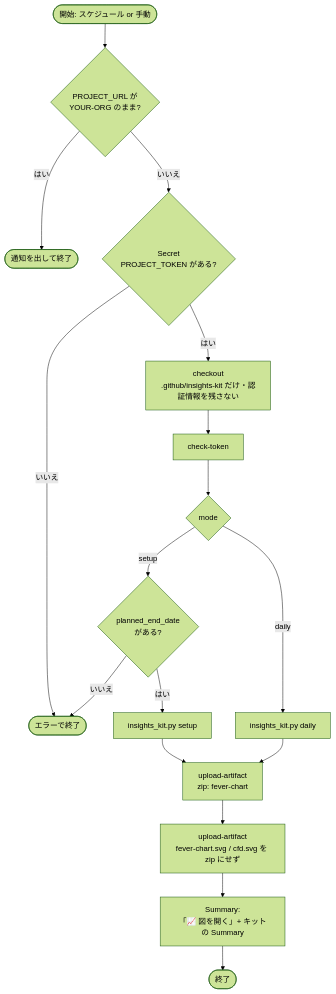
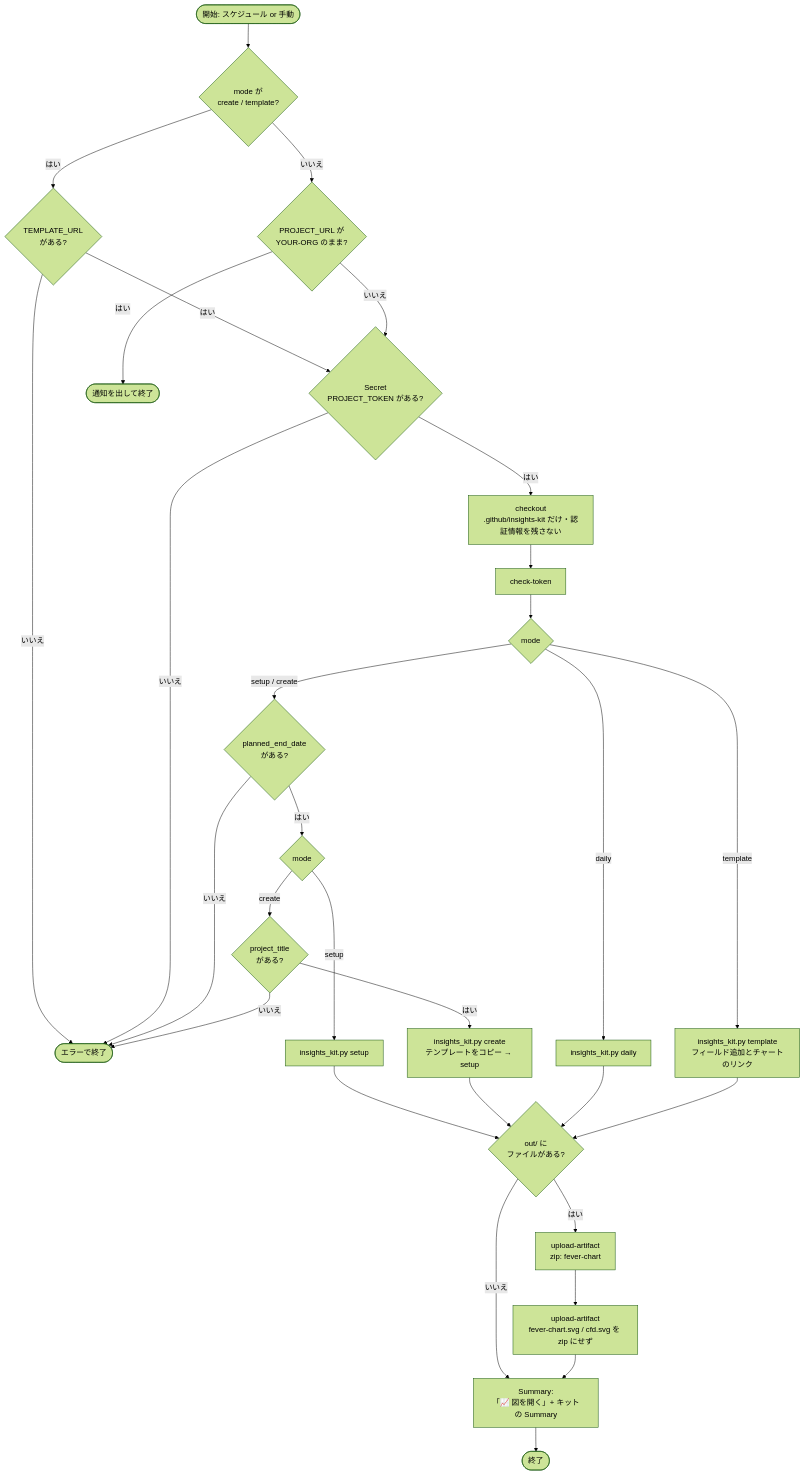
One commit to aztechaz357/projects-insights-kit changed the eighth of 11 diagrams in docs/design.md. Above: the diagram before and after it, drawn with Mermaid (forest theme). The commit also changed other lines of this file and 5 other files, not shown here.

First line of the commit message:
Create new Projects from a chart-ready template

````diff
--- a/docs/design.md
+++ b/docs/design.md
@@ -346,19 +394,32 @@
 ```mermaid
 flowchart TD
-    start([開始: スケジュール or 手動]) --> chk{PROJECT_URL が<br/>YOUR-ORG のまま?}
+    start([開始: スケジュール or 手動]) --> tm{mode が<br/>create / template?}
+    tm -- はい --> tu{TEMPLATE_URL<br/>がある?}
+    tu -- いいえ --> err([エラーで終了])
+    tu -- はい --> tok
+    tm -- いいえ --> chk{PROJECT_URL が<br/>YOUR-ORG のまま?}
     chk -- はい --> skip([通知を出して終了])
     chk -- いいえ --> tok{Secret<br/>PROJECT_TOKEN がある?}
-    tok -- いいえ --> err([エラーで終了])
+    tok -- いいえ --> err
     tok -- はい --> co[checkout<br/>.github/insights-kit だけ・認証情報を残さない]
     co --> ct[check-token]
     ct --> mode{mode}
-    mode -- setup --> end1{planned_end_date<br/>がある?}
+    mode -- "setup / create" --> end1{planned_end_date<br/>がある?}
     end1 -- いいえ --> err
-    end1 -- はい --> setup[insights_kit.py setup]
+    end1 -- はい --> sc{mode}
+    sc -- setup --> setup[insights_kit.py setup]
+    sc -- create --> ti{project_title<br/>がある?}
+    ti -- いいえ --> err
+    ti -- はい --> create[insights_kit.py create<br/>テンプレートをコピー → setup]
+    mode -- template --> tmpl[insights_kit.py template<br/>フィールド追加とチャートのリンク]
     mode -- daily --> daily[insights_kit.py daily]
-    setup --> up[upload-artifact<br/>zip: fever-chart]
+    setup --> up{out/ に<br/>ファイルがある?}
+    create --> up
     daily --> up
-    up --> svg[upload-artifact<br/>fever-chart.svg / cfd.svg を zip にせず]
+    tmpl --> up
+    up -- はい --> zip[upload-artifact<br/>zip: fever-chart]
+    up -- いいえ --> sum
+    zip --> svg[upload-artifact<br/>fever-chart.svg / cfd.svg を zip にせず]
     svg --> sum[Summary:<br/>「📈 図を開く」+ キットの Summary]
     sum --> done([終了])
 ```
````
